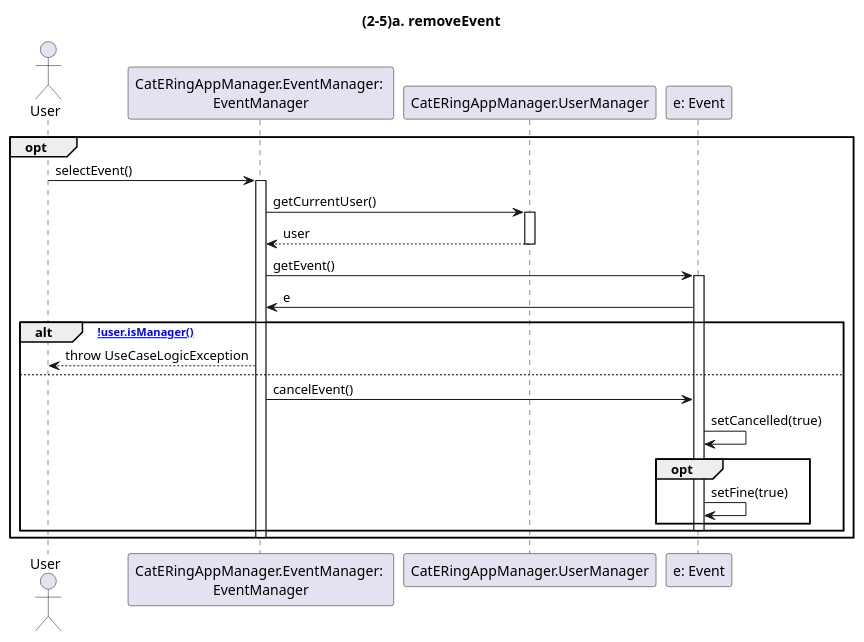
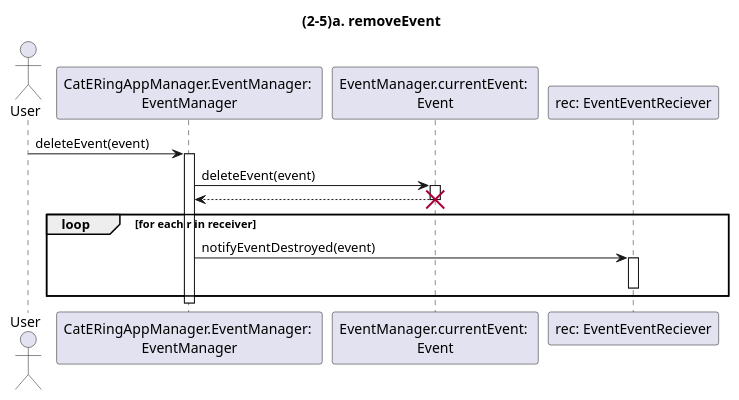
The diagram in dsd/dsd-eventi/estensioniEcc/925a-removeEvent.md (m0canu1/sas), drawn with PlantUML before and after one commit. The commit also changed other lines of this file and 7 other files, not shown here.

````diff
--- a/dsd/dsd-eventi/estensioniEcc/925a-removeEvent.md
+++ b/dsd/dsd-eventi/estensioniEcc/925a-removeEvent.md
@@ -1,35 +1,24 @@
 ```plantuml
 
 title: (2-5)a. removeEvent
 
 Actor  User
 Participant "CatERingAppManager.EventManager: \nEventManager"  as EM
-Participant "CatERingAppManager.UserManager" as UM
+Participant "EventManager.currentEvent: \nEvent" as CE
+Participant "rec: EventEventReciever" as EER
 
-opt
-    User -> EM: selectEvent()
-    Activate EM
+User -> EM: deleteEvent(event)
+Activate EM
+EM -> CE: deleteEvent(event)
+Activate CE
+CE --> EM:
+Deactivate CE
+destroy CE
+loop for each r in receiver
+    EM -> EER: notifyEventDestroyed(event)
+    Activate EER
+    Deactivate EER
+end
+Deactivate EM
 
-    EM -> UM: getCurrentUser()
-    Activate UM
-        
-    UM --> EM: user
-    Deactivate UM
-
-    EM -> "e: Event": getEvent()
-    Activate "e: Event"
-    "e: Event" -> EM: e
-
-    alt [!user.isManager()]
-        EM --> User: throw UseCaseLogicException
-    else
-        EM -> "e: Event": cancelEvent()
-        "e: Event" -> "e: Event": setCancelled(true)
-        opt 
-            "e: Event" -> "e: Event": setFine(true)
-        end
-        Deactivate "e: Event"
-    end
-    Deactivate EM
-end
 ```
````
